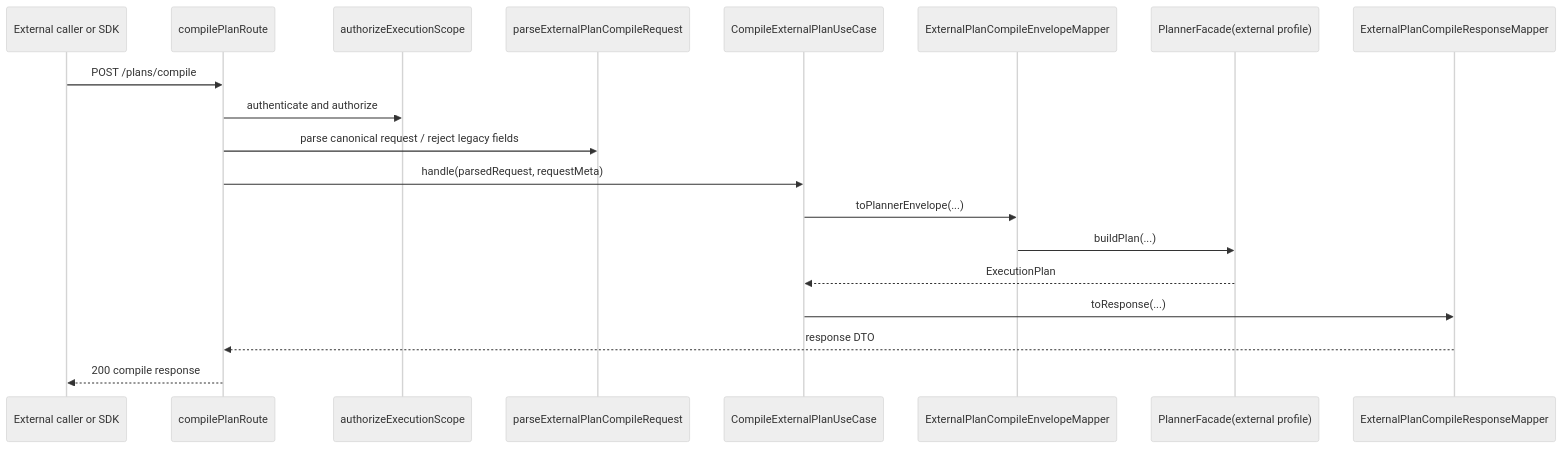
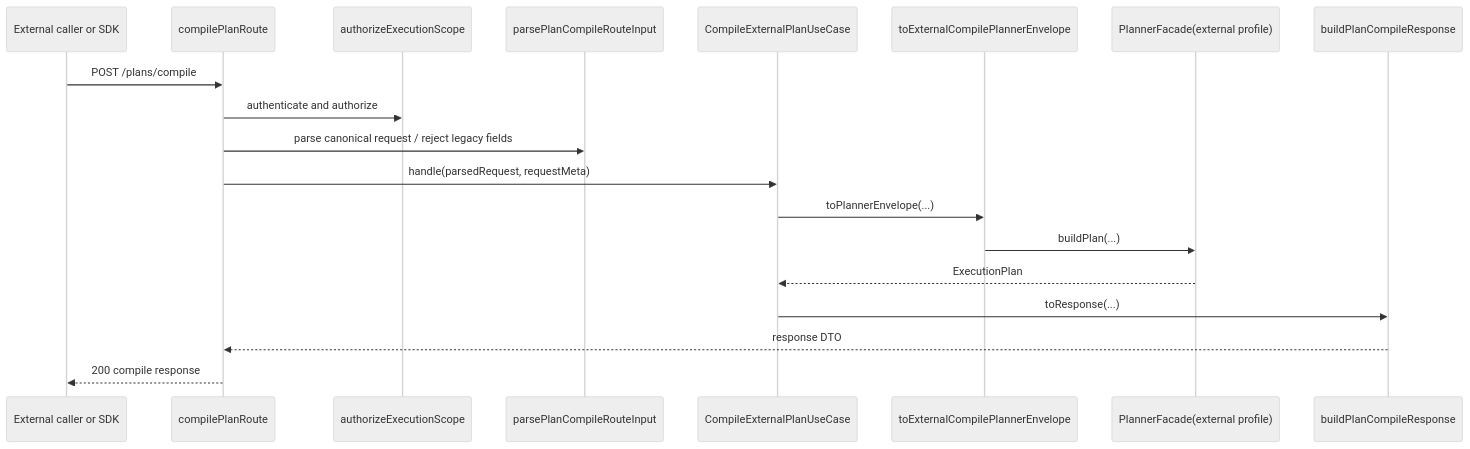
The seventh of 7 diagrams in docs/planning/proposals/mandatory/runtime-and-contracts/mw-d1-external-plan-definition-sdk-api-plan-20260417.md (dunay2/dvt), drawn with Mermaid (neutral theme) before and after one commit. The commit also changed other lines of this file and 54 other files, not shown here.

Commit message:
refactor(api): Split plan route and compile boundary seams

````diff
--- a/docs/planning/proposals/mandatory/runtime-and-contracts/mw-d1-external-plan-definition-sdk-api-plan-20260417.md
+++ b/docs/planning/proposals/mandatory/runtime-and-contracts/mw-d1-external-plan-definition-sdk-api-plan-20260417.md
@@ -751,22 +754,22 @@
 ```mermaid
 sequenceDiagram
   participant Client as External caller or SDK
   participant Route as compilePlanRoute
   participant Auth as authorizeExecutionScope
-  participant Parser as parseExternalPlanCompileRequest
+  participant Parser as parsePlanCompileRouteInput
   participant UseCase as CompileExternalPlanUseCase
-  participant Envelope as ExternalPlanCompileEnvelopeMapper
+  participant Envelope as toExternalCompilePlannerEnvelope
   participant Planner as PlannerFacade(external profile)
-  participant Presenter as ExternalPlanCompileResponseMapper
+  participant Presenter as buildPlanCompileResponse
 
   Client->>Route: POST /plans/compile
   Route->>Auth: authenticate and authorize
   Route->>Parser: parse canonical request / reject legacy fields
   Route->>UseCase: handle(parsedRequest, requestMeta)
   UseCase->>Envelope: toPlannerEnvelope(...)
   Envelope->>Planner: buildPlan(...)
   Planner-->>UseCase: ExecutionPlan
   UseCase->>Presenter: toResponse(...)
   Presenter-->>Route: response DTO
   Route-->>Client: 200 compile response
 ```
````
